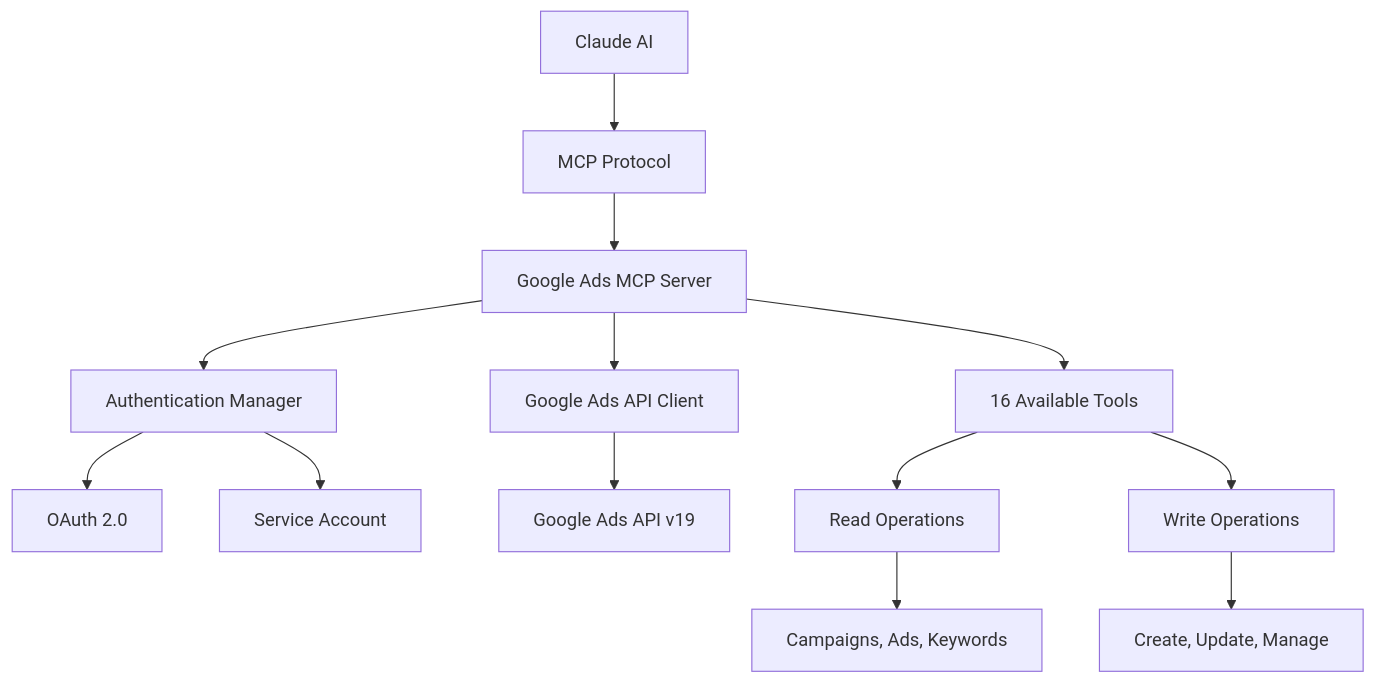
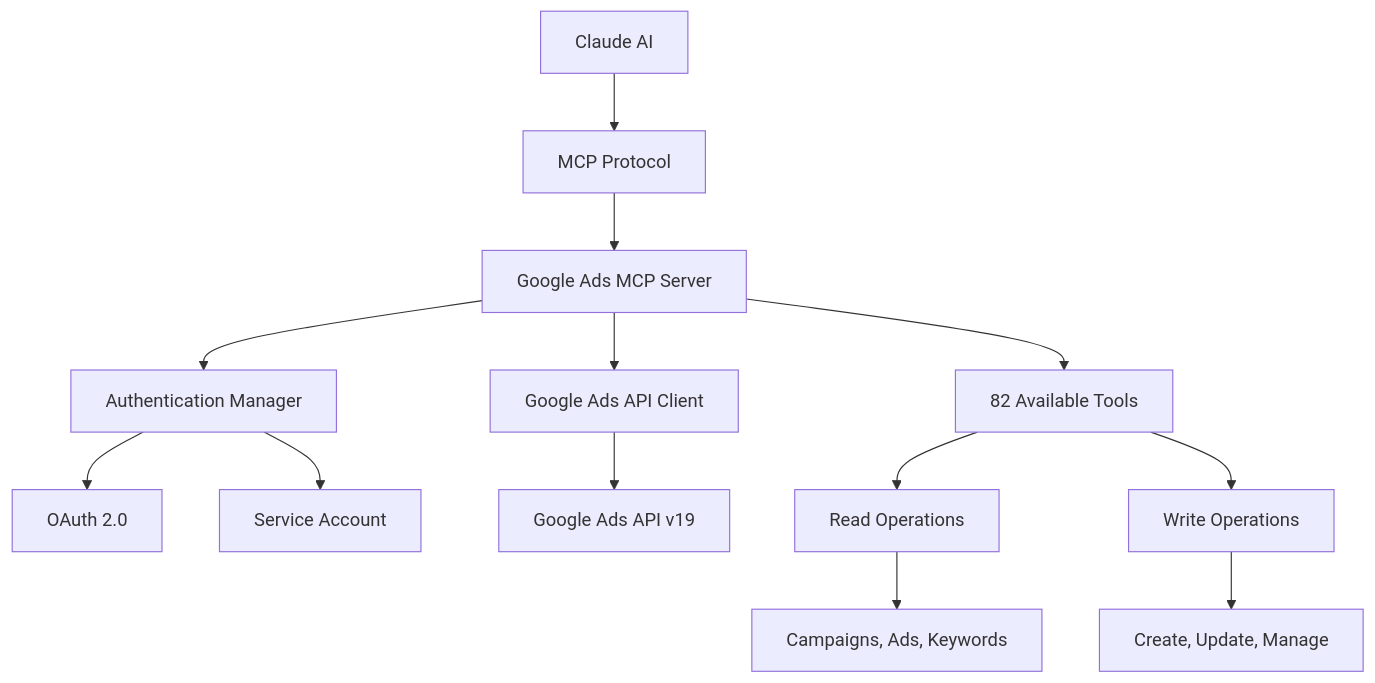
Before and after one commit to anegash/google-ads-mcp-server: the diagram in README.md, drawn with Mermaid. The commit also changed other lines of this file and 15 other files, not shown here.

````diff
--- a/README.md
+++ b/README.md
@@ -329,17 +449,17 @@
 ```mermaid
 graph TD
     A[Claude AI] --> B[MCP Protocol]
     B --> C[Google Ads MCP Server]
     C --> D[Authentication Manager]
     C --> E[Google Ads API Client]
     D --> F[OAuth 2.0]
     D --> G[Service Account]
     E --> H[Google Ads API v19]
 
-    C --> I[16 Available Tools]
+    C --> I[82 Available Tools]
     I --> J[Read Operations]
     I --> K[Write Operations]
 
     J --> L[Campaigns, Ads, Keywords]
     K --> M[Create, Update, Manage]
 ```
````
